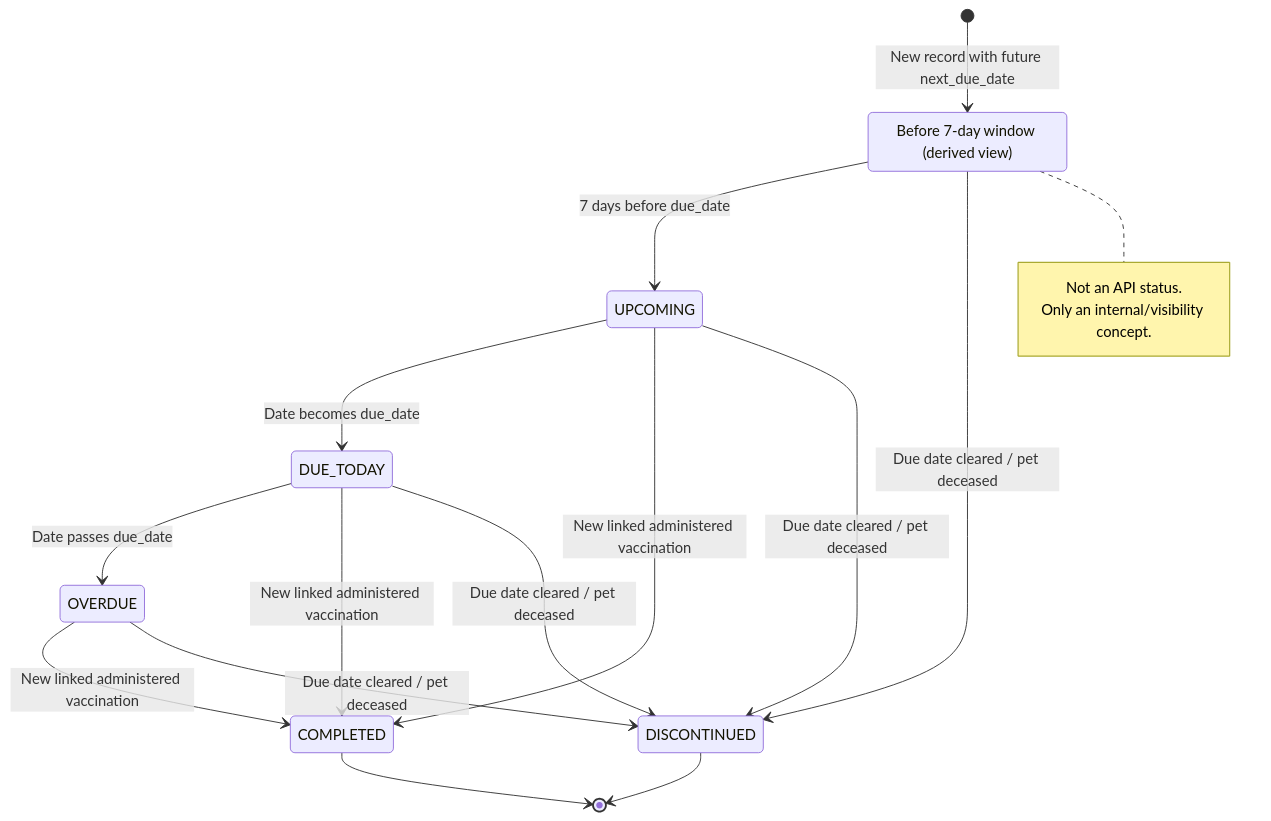
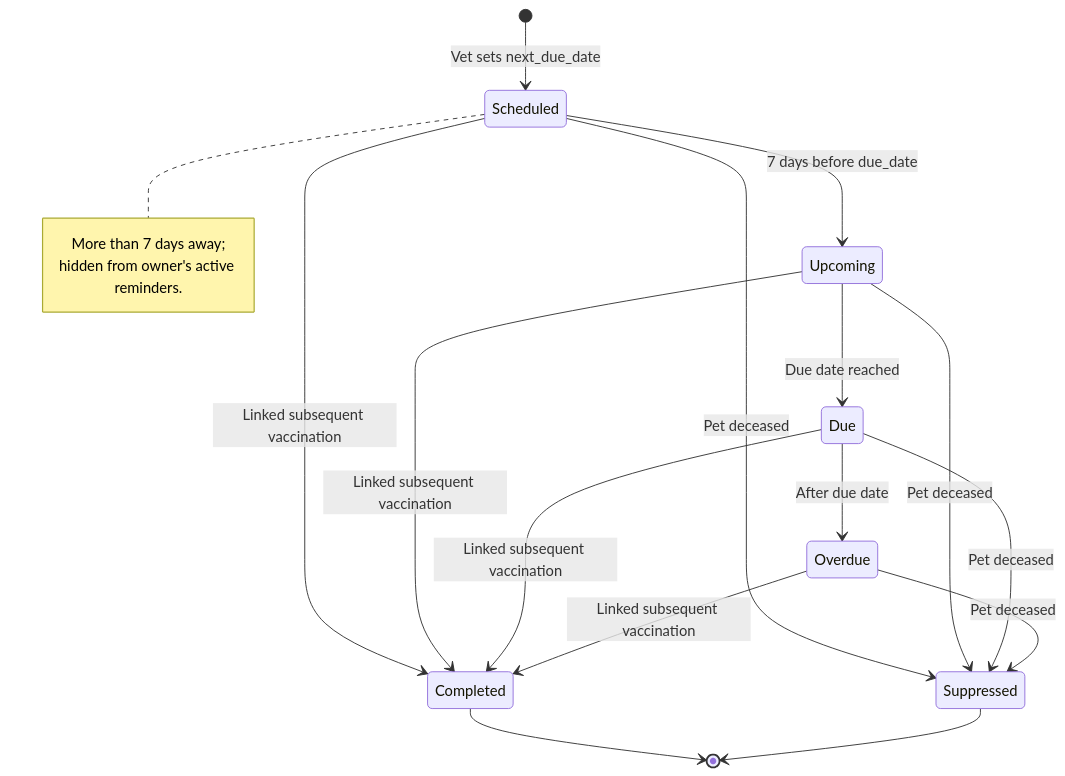
The ninth of 11 diagrams in docs/uml-diagrams/uml-diagrams.md (Efesen10/Pawthy), drawn with Mermaid before and after one commit. The commit also changed other lines of this file, not shown here.

Commit message:
docs(uml): reconcile SRS owner, calendar, reminders and guided tour diagrams

````diff
--- a/docs/uml-diagrams/uml-diagrams.md
+++ b/docs/uml-diagrams/uml-diagrams.md
@@ -448,21 +417,21 @@
 ```mermaid
 stateDiagram-v2
-    [*] --> NotVisible : New record with future next_due_date
-    state "Before 7-day window (derived view)" as NotVisible
-    NotVisible --> UPCOMING : 7 days before due_date
-    UPCOMING --> DUE_TODAY : Date becomes due_date
-    DUE_TODAY --> OVERDUE : Date passes due_date
-    UPCOMING --> COMPLETED : New linked administered vaccination
-    DUE_TODAY --> COMPLETED : New linked administered vaccination
-    OVERDUE --> COMPLETED : New linked administered vaccination
-    NotVisible --> DISCONTINUED : Due date cleared / pet deceased
-    UPCOMING --> DISCONTINUED : Due date cleared / pet deceased
-    DUE_TODAY --> DISCONTINUED : Due date cleared / pet deceased
-    OVERDUE --> DISCONTINUED : Due date cleared / pet deceased
-    COMPLETED --> [*]
-    DISCONTINUED --> [*]
-    note right of NotVisible
-        Not an API status.
-        Only an internal/visibility concept.
-    end note
+  [*] --> Scheduled : Vet sets next_due_date
+  Scheduled --> Upcoming : 7 days before due_date
+  Upcoming --> Due : Due date reached
+  Due --> Overdue : After due date
+  Scheduled --> Completed : Linked subsequent vaccination
+  Upcoming --> Completed : Linked subsequent vaccination
+  Due --> Completed : Linked subsequent vaccination
+  Overdue --> Completed : Linked subsequent vaccination
+  Scheduled --> Suppressed : Pet deceased
+  Upcoming --> Suppressed : Pet deceased
+  Due --> Suppressed : Pet deceased
+  Overdue --> Suppressed : Pet deceased
+  Completed --> [*]
+  Suppressed --> [*]
+  note right of Scheduled
+    More than 7 days away;
+    hidden from owner's active reminders.
+  end note
 ```
````
